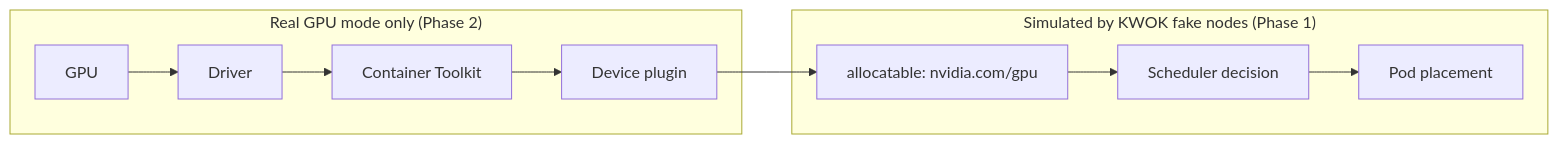
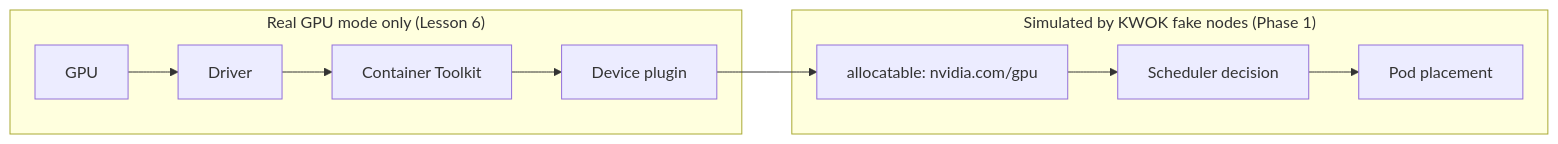
Before and after one commit to ld-singh/ai-factory-ops-lab: the second of 2 diagrams in diagrams/gpu-path-to-pod.md, drawn with Mermaid. The commit also changed 48 other files, not shown here.

````diff
--- a/diagrams/gpu-path-to-pod.md
+++ b/diagrams/gpu-path-to-pod.md
@@ -23,10 +23,10 @@
 ```mermaid
 flowchart LR
-    subgraph REAL_ONLY["Real GPU mode only (Phase 2)"]
+    subgraph REAL_ONLY["Real GPU mode only (Lesson 6)"]
         HW2[GPU] --> DRV2[Driver] --> CTK2[Container Toolkit] --> DP2[Device plugin]
     end
     subgraph SIMULATED["Simulated by KWOK fake nodes (Phase 1)"]
         ALLOC[allocatable: nvidia.com/gpu] --> SCHED2[Scheduler decision] --> PLACE[Pod placement]
     end
     DP2 --> ALLOC
 ```
````
